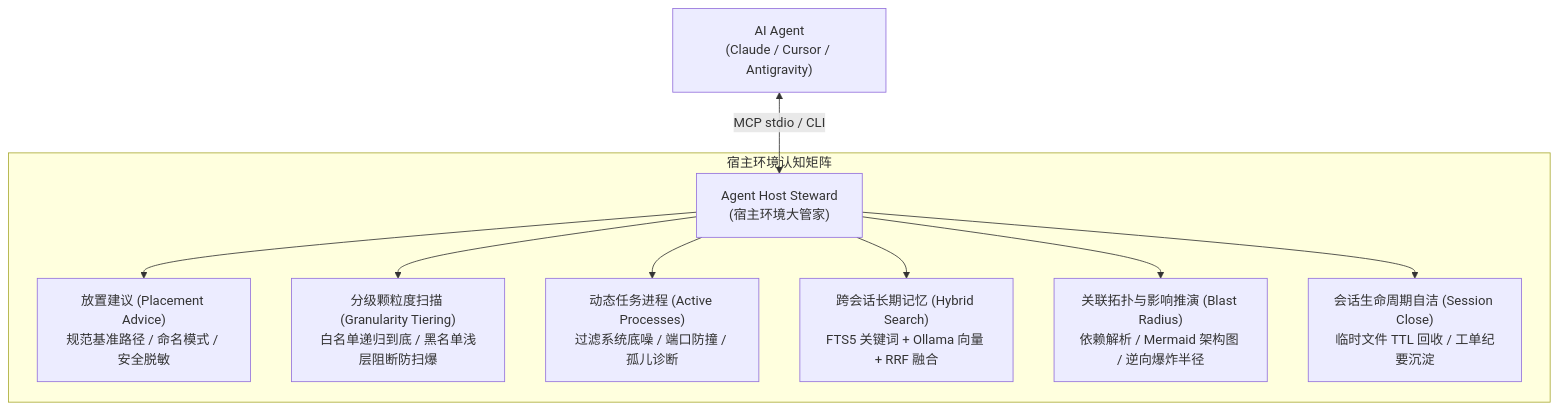
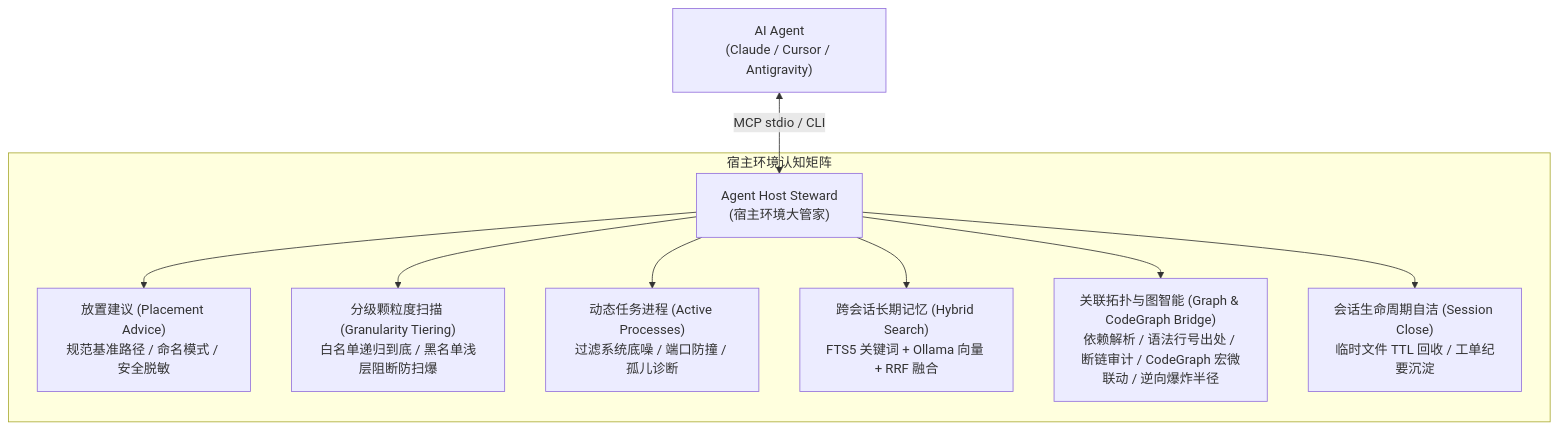
The diagram in README.md (digoal/agent-body), drawn with Mermaid before and after one commit. The commit also changed other lines of this file and 16 other files, not shown here.

First line of the commit message:
feat(links): 演进图智能机制并实现 CodeGraph 宏微双层联邦联动 (v3.0)

````diff
--- a/README.md
+++ b/README.md
@@ -19,13 +19,13 @@
 ```mermaid
 graph TD
     Agent["AI Agent<br/>(Claude / Cursor / Antigravity)"] <-->|MCP stdio / CLI| Steward["Agent Host Steward<br/>(宿主环境大管家)"]
     
     subgraph 宿主环境认知矩阵
         Steward --> P["放置建议 (Placement Advice)<br/>规范基准路径 / 命名模式 / 安全脱敏"]
         Steward --> S["分级颗粒度扫描 (Granularity Tiering)<br/>白名单递归到底 / 黑名单浅层阻断防扫爆"]
         Steward --> E["动态任务进程 (Active Processes)<br/>过滤系统底噪 / 端口防撞 / 孤儿诊断"]
         Steward --> M["跨会话长期记忆 (Hybrid Search)<br/>FTS5 关键词 + Ollama 向量 + RRF 融合"]
-        Steward --> L["关联拓扑与影响推演 (Blast Radius)<br/>依赖解析 / Mermaid 架构图 / 逆向爆炸半径"]
+        Steward --> L["关联拓扑与图智能 (Graph & CodeGraph Bridge)<br/>依赖解析 / 语法行号出处 / 断链审计 / CodeGraph 宏微联动 / 逆向爆炸半径"]
         Steward --> C["会话生命周期自洁 (Session Close)<br/>临时文件 TTL 回收 / 工单纪要沉淀"]
     end
 ```
````
